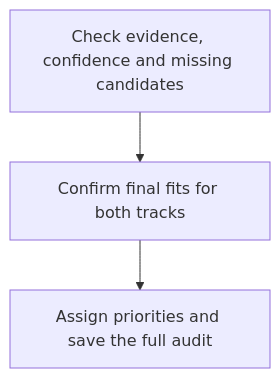
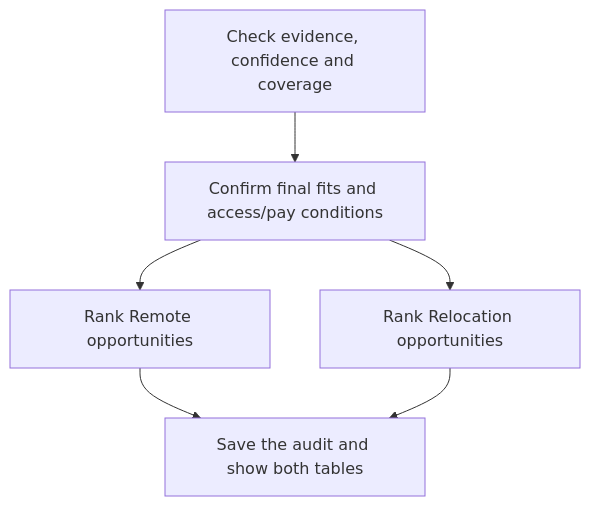
Before and after one commit to myowinthein/agent-compass: the diagram in docs/commands/country-finder/step6-final-ranking.md, drawn with Mermaid. The commit also changed other lines of this file and 32 other files, not shown here.

First line of the commit message:
feat(country-finder): compare markets and rank tracks independently

````diff
--- a/docs/commands/country-finder/step6-final-ranking.md
+++ b/docs/commands/country-finder/step6-final-ranking.md
@@ -19,5 +19,8 @@
 ```mermaid
 flowchart TD
-  Audit["Check evidence, confidence and missing candidates"] --> Summary["Confirm final fits for both tracks"]
-  Summary --> Priority["Assign priorities and save the full audit"]
+  Audit["Check evidence, confidence and coverage"] --> Summary["Confirm final fits and access/pay conditions"]
+  Summary --> Remote["Rank Remote opportunities"]
+  Summary --> Relocation["Rank Relocation opportunities"]
+  Remote --> Save["Save the audit and show both tables"]
+  Relocation --> Save
 ```
````
